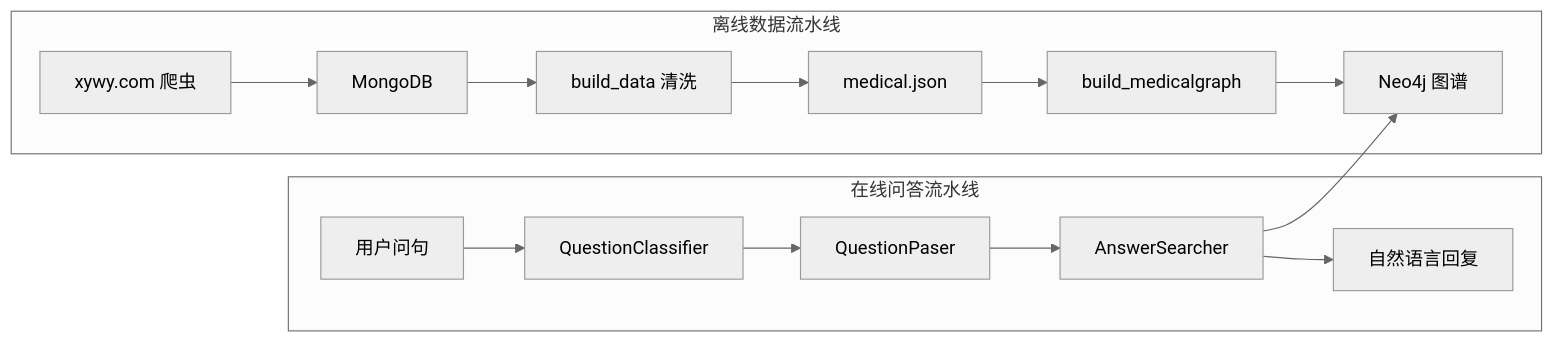
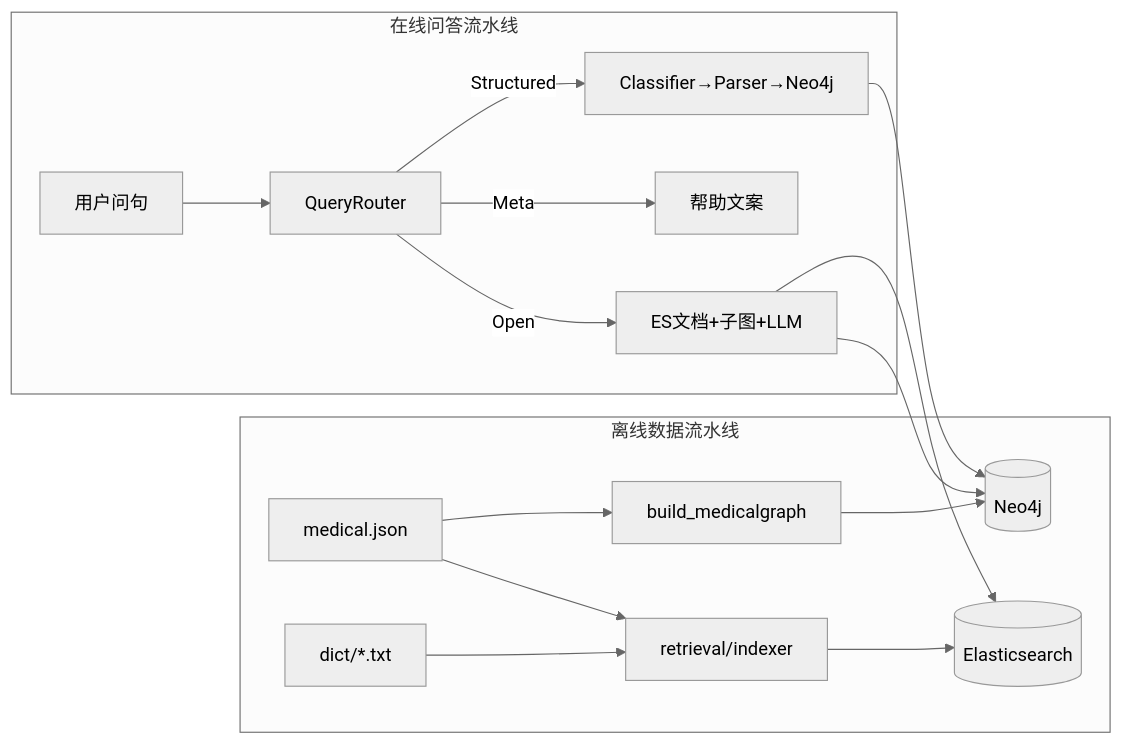
The second of 3 diagrams in doc/项目分析.md (17801020645/QASystemOnMedicalKG), drawn with Mermaid (neutral theme) before and after one commit. The commit also changed other lines of this file and 4 other files, not shown here.

````diff
--- a/doc/项目分析.md
+++ b/doc/项目分析.md
@@ -148,18 +160,20 @@
 ```mermaid
 flowchart LR
     subgraph dataPipeline [离线数据流水线]
-        A[xywy.com 爬虫] --> B[MongoDB]
-        B --> C[build_data 清洗]
-        C --> D[medical.json]
-        D --> E[build_medicalgraph]
-        E --> F[Neo4j 图谱]
+        JSON[medical.json] --> BMG[build_medicalgraph]
+        BMG --> Neo4j[(Neo4j)]
+        Dict[dict/*.txt] --> IDX[retrieval/indexer]
+        JSON --> IDX
+        IDX --> ES[(Elasticsearch)]
     end
 
     subgraph qaPipeline [在线问答流水线]
-        G[用户问句] --> H[QuestionClassifier]
-        H --> I[QuestionPaser]
-        I --> J[AnswerSearcher]
-        J --> F
-        J --> K[自然语言回复]
+        G[用户问句] --> RT[QueryRouter]
+        RT -->|Structured| Neo4jPath[Classifier→Parser→Neo4j]
+        RT -->|Meta| Help[帮助文案]
+        RT -->|Open| RAGPath[ES文档+子图+LLM]
+        Neo4jPath --> Neo4j
+        RAGPath --> ES
+        RAGPath --> Neo4j
     end
 ```
````
